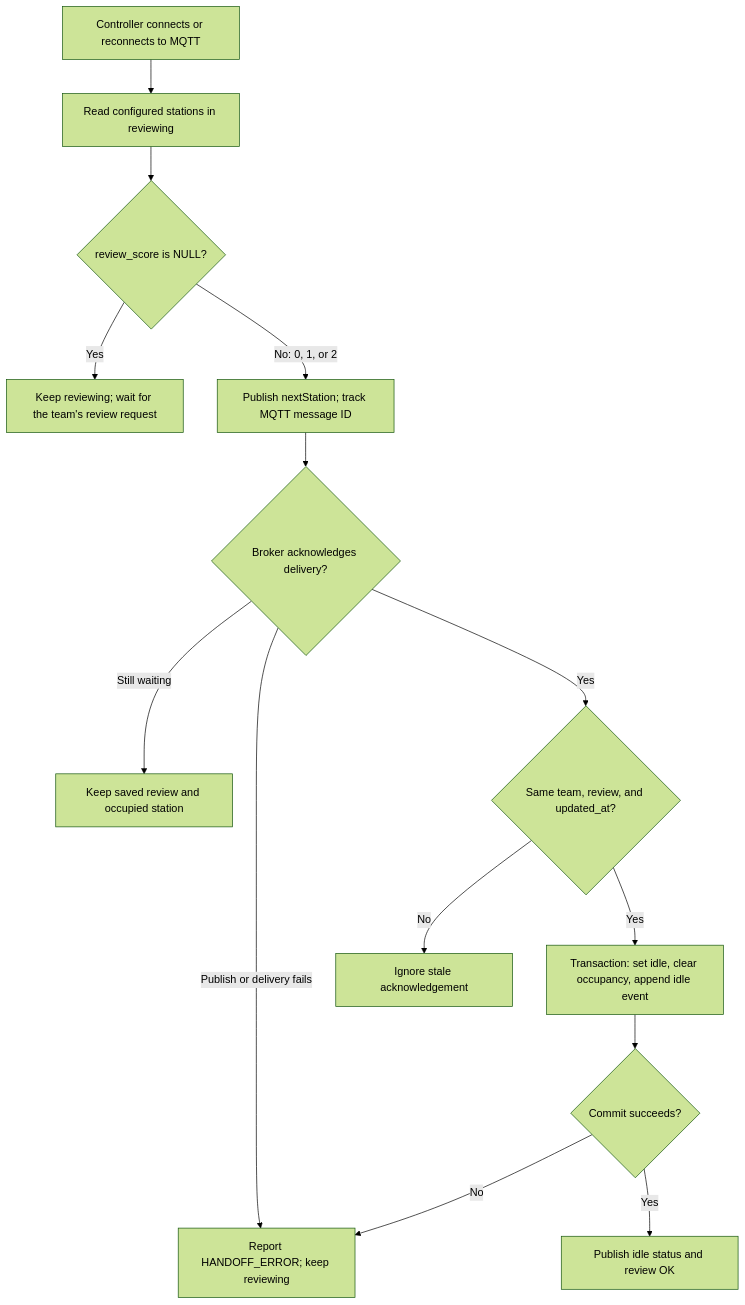
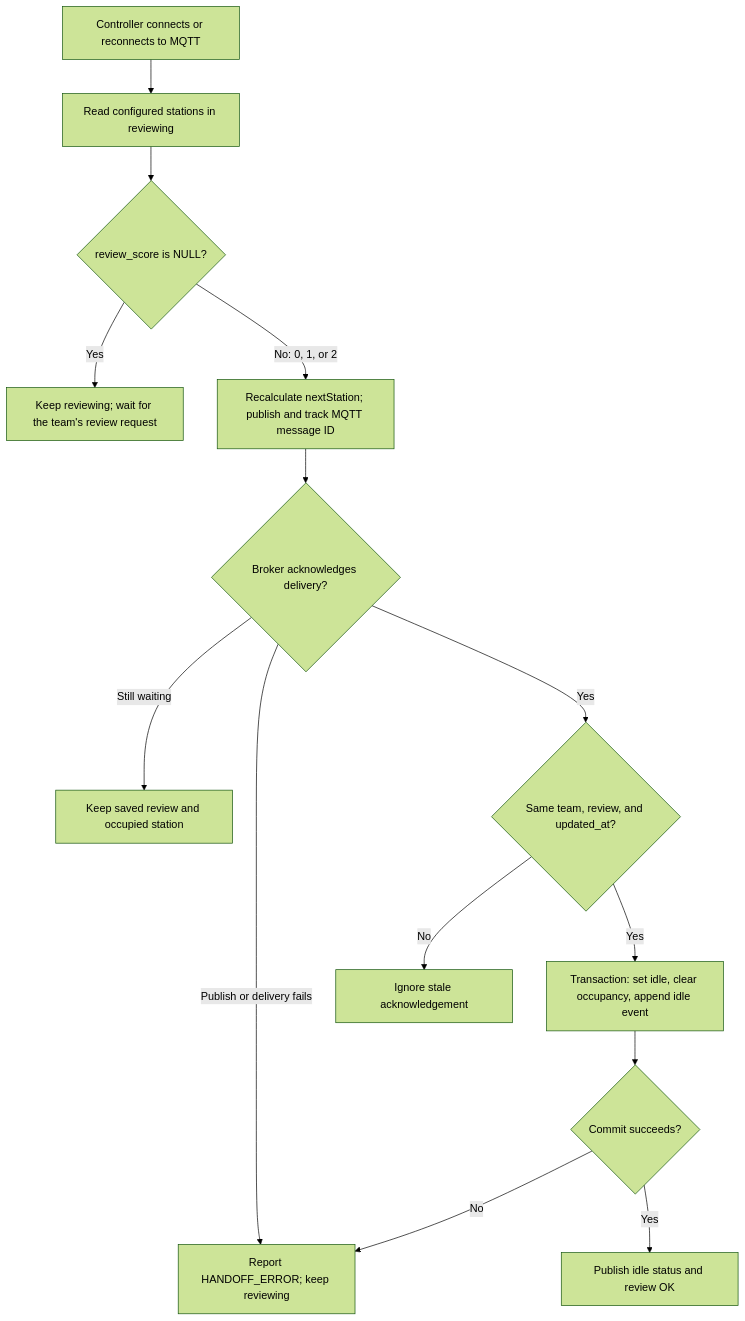
Before and after one commit to GnomUltras/backend: the fifth of 5 diagrams in docs/backend.md, drawn with Mermaid (forest theme). The commit also changed other lines of this file and 5 other files, not shown here.

````diff
--- a/docs/backend.md
+++ b/docs/backend.md
@@ -254,16 +295,16 @@
 ```mermaid
 flowchart TD
     C[Controller connects or reconnects to MQTT] --> R[Read configured stations in reviewing]
     R --> Q{review_score is NULL?}
     Q -->|Yes| W[Keep reviewing; wait for the team's review request]
-    Q -->|No: 0, 1, or 2| N[Publish nextStation; track MQTT message ID]
+    Q -->|No: 0, 1, or 2| N[Recalculate nextStation; publish and track MQTT message ID]
     N --> A{Broker acknowledges delivery?}
     A -->|Still waiting| P[Keep saved review and occupied station]
     A -->|Publish or delivery fails| E[Report HANDOFF_ERROR; keep reviewing]
     A -->|Yes| T{Same team, review, and updated_at?}
     T -->|No| X[Ignore stale acknowledgement]
     T -->|Yes| I[Transaction: set idle, clear occupancy, append idle event]
     I --> K{Commit succeeds?}
     K -->|No| E
     K -->|Yes| O[Publish idle status and review OK]
 ```
````
